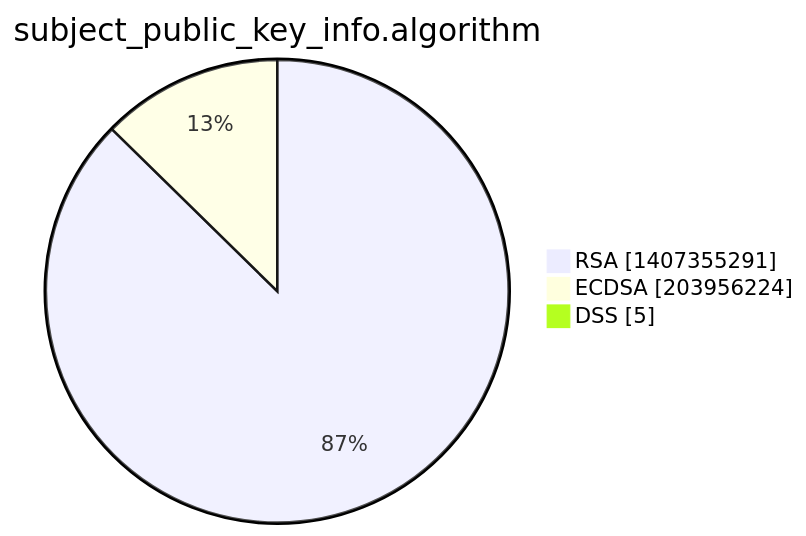
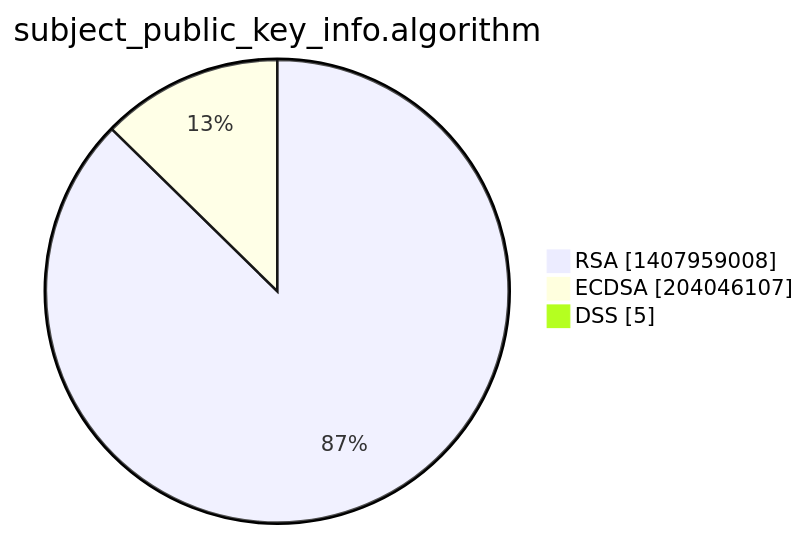
Before and after one commit to christiankrug/ctmonitor_visualization: the third of 15 diagrams in xenon2022/README.md, drawn with Mermaid. The commit also changed other lines of this file, not shown here.

````diff
--- a/xenon2022/README.md
+++ b/xenon2022/README.md
@@ -14,7 +14,7 @@
 ```mermaid
 pie showData
 title subject_public_key_info.algorithm
-"RSA" :1407355291
-"ECDSA" :203956224
+"RSA" :1407959008
+"ECDSA" :204046107
 "DSS" :5
 ```
````
